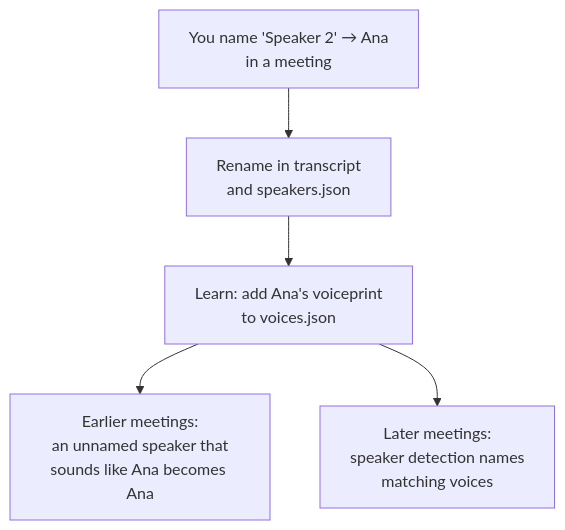
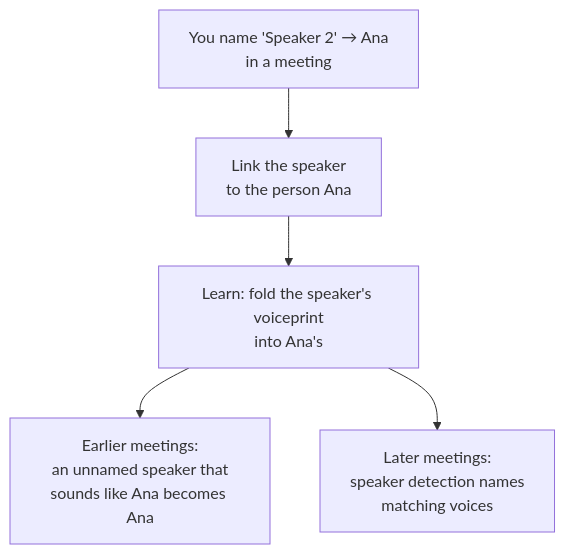
The diagram in docs/voices.md (diegoquezadac/mel), drawn with Mermaid before and after one commit. The commit also changed other lines of this file and 21 other files, not shown here.

````diff
--- a/docs/voices.md
+++ b/docs/voices.md
@@ -5,7 +5,7 @@
 ```mermaid
 flowchart TD
-    N["You name 'Speaker 2' → Ana<br/>in a meeting"] --> R["Rename in transcript<br/>and speakers.json"]
-    R --> L["Learn: add Ana's voiceprint<br/>to voices.json"]
+    N["You name 'Speaker 2' → Ana<br/>in a meeting"] --> R["Link the speaker<br/>to the person Ana"]
+    R --> L["Learn: fold the speaker's voiceprint<br/>into Ana's"]
     L --> P["Earlier meetings:<br/>an unnamed speaker that<br/>sounds like Ana becomes Ana"]
     L --> F["Later meetings:<br/>speaker detection names<br/>matching voices"]
 ```
````
